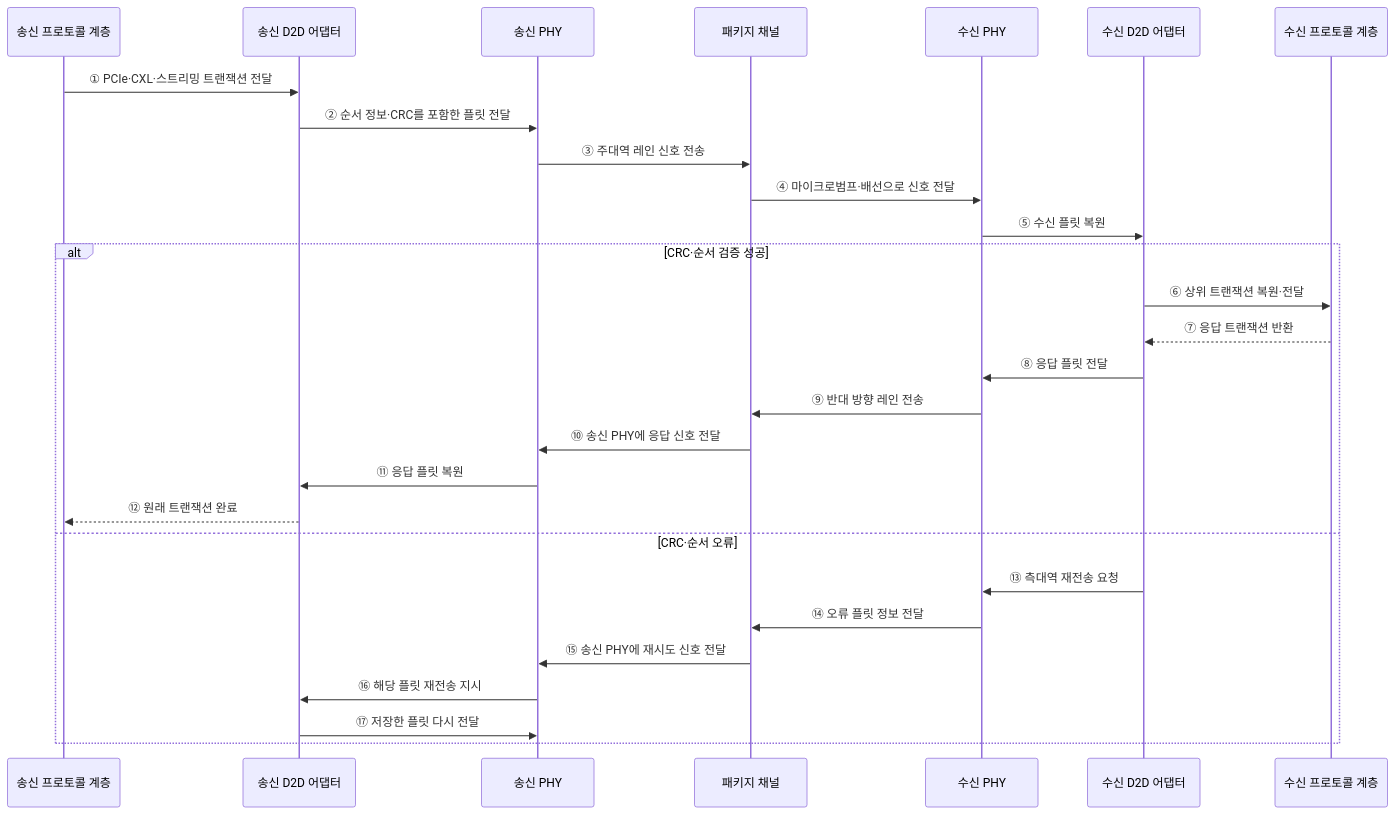
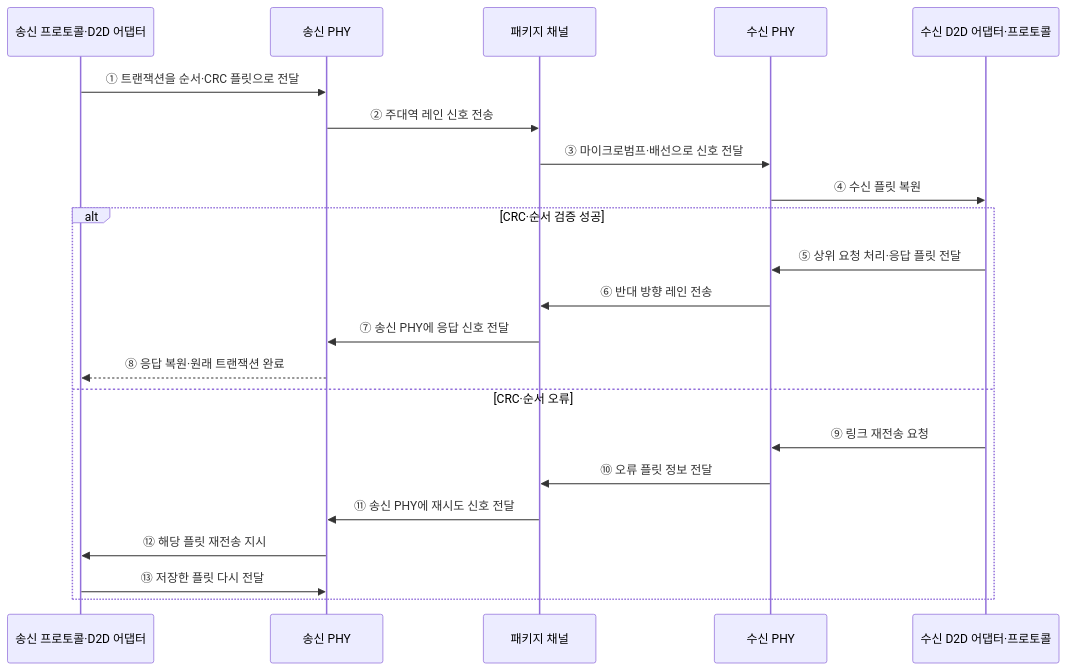
One commit to agnusdei1207/knowledge-base changed the second of 2 diagrams in src/content/docs/notes/02-hardware/050_ucie.md. Above: the diagram before and after it, drawn with Mermaid. The commit also changed other lines of this file and 20 other files, not shown here.

````diff
--- a/src/content/docs/notes/02-hardware/050_ucie.md
+++ b/src/content/docs/notes/02-hardware/050_ucie.md
@@ -91,31 +82,25 @@
 ```mermaid
 sequenceDiagram
-    participant PA as 송신 프로토콜 계층
-    participant AA as 송신 D2D 어댑터
-    participant YA as 송신 PHY
+    participant S as 송신 프로토콜·D2D 어댑터
+    participant P as 송신 PHY
     participant C as 패키지 채널
-    participant YB as 수신 PHY
-    participant AB as 수신 D2D 어댑터
-    participant PB as 수신 프로토콜 계층
+    participant Q as 수신 PHY
+    participant R as 수신 D2D 어댑터·프로토콜
 
-    PA->>AA: ① PCIe·CXL·스트리밍 트랜잭션 전달
-    AA->>YA: ② 순서 정보·CRC를 포함한 플릿 전달
-    YA->>C: ③ 주대역 레인 신호 전송
-    C->>YB: ④ 마이크로범프·배선으로 신호 전달
-    YB->>AB: ⑤ 수신 플릿 복원
+    S->>P: ① 트랜잭션을 순서·CRC 플릿으로 전달
+    P->>C: ② 주대역 레인 신호 전송
+    C->>Q: ③ 마이크로범프·배선으로 신호 전달
+    Q->>R: ④ 수신 플릿 복원
     alt CRC·순서 검증 성공
-        AB->>PB: ⑥ 상위 트랜잭션 복원·전달
-        PB-->>AB: ⑦ 응답 트랜잭션 반환
-        AB->>YB: ⑧ 응답 플릿 전달
-        YB->>C: ⑨ 반대 방향 레인 전송
-        C->>YA: ⑩ 송신 PHY에 응답 신호 전달
-        YA->>AA: ⑪ 응답 플릿 복원
-        AA-->>PA: ⑫ 원래 트랜잭션 완료
+        R->>Q: ⑤ 상위 요청 처리·응답 플릿 전달
+        Q->>C: ⑥ 반대 방향 레인 전송
+        C->>P: ⑦ 송신 PHY에 응답 신호 전달
+        P-->>S: ⑧ 응답 복원·원래 트랜잭션 완료
     else CRC·순서 오류
-        AB->>YB: ⑬ 측대역 재전송 요청
-        YB->>C: ⑭ 오류 플릿 정보 전달
-        C->>YA: ⑮ 송신 PHY에 재시도 신호 전달
-        YA->>AA: ⑯ 해당 플릿 재전송 지시
-        AA->>YA: ⑰ 저장한 플릿 다시 전달
+        R->>Q: ⑨ 링크 재전송 요청
+        Q->>C: ⑩ 오류 플릿 정보 전달
+        C->>P: ⑪ 송신 PHY에 재시도 신호 전달
+        P->>S: ⑫ 해당 플릿 재전송 지시
+        S->>P: ⑬ 저장한 플릿 다시 전달
     end
 ```
````
